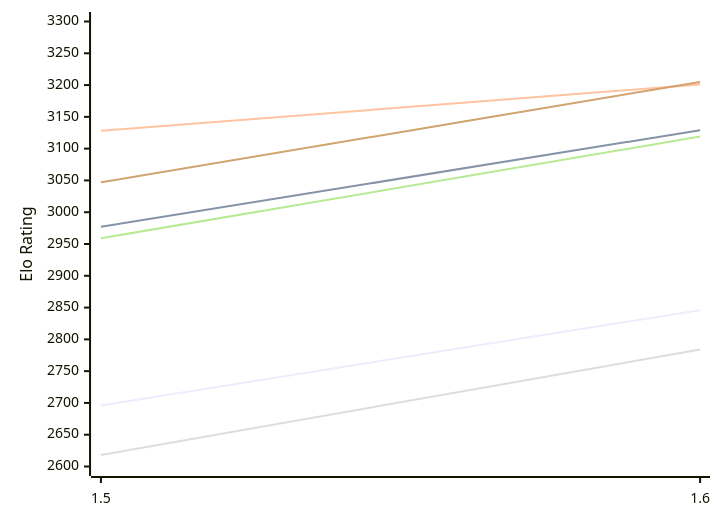
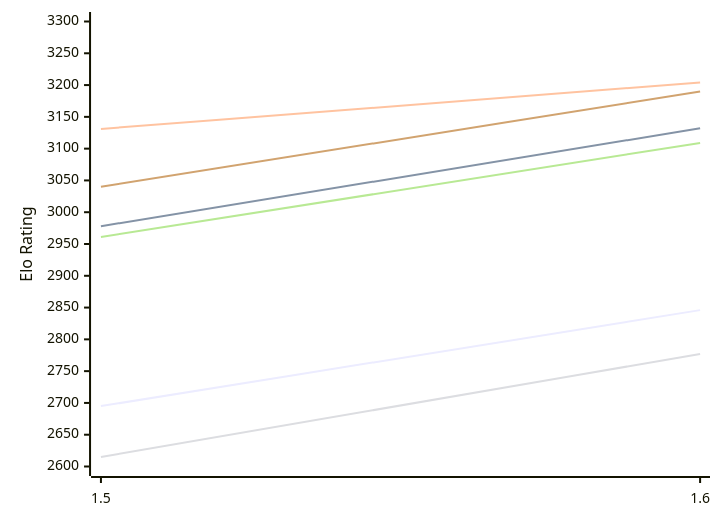
One commit to computer-chess-index/cci changed the first of 2 diagrams in engines/Yakka.md. Above: the diagram before and after it, drawn with Mermaid. The commit also changed other lines of this file, not shown here.

Commit message:
Update CCI Ratings (ELO VLTC) - 2026-11-15

````diff
--- a/engines/Yakka.md
+++ b/engines/Yakka.md
@@ -51,12 +51,12 @@
 ```mermaid
 %%{init: {"theme":"base","themeVariables":{"seriesColors:['#a3a3a3','#222221','#faa371']}}}%%
 xychart-beta
   x-axis ["1.5", "1.6"]
   y-axis "Elo Rating" 2600 --> 3300
-  line "E1: STC (8.0+0.08s)" [2696, 2846]
-  line "E1: LTC (60.0+0.60s)" [2977, 3129]
-  line "E1: VLTC (2m24s+1.12s)" [3128, 3201]
-  line "P1: STC (8.0+0.08s)" [2618, 2784]
-  line "P1: LTC (60.0+0.60s)" [2959, 3119]
-  line "P1: VLTC (2m24s+1.12s)" [3047, 3205]
+  line "E1: STC (8.0+0.08s)" [2695, 2846]
+  line "E1: LTC (60.0+0.60s)" [2978, 3132]
+  line "E1: VLTC (2m24s+1.12s)" [3131, 3204]
+  line "P1: STC (8.0+0.08s)" [2615, 2777]
+  line "P1: LTC (60.0+0.60s)" [2961, 3109]
+  line "P1: VLTC (2m24s+1.12s)" [3040, 3190]
 ```
````
